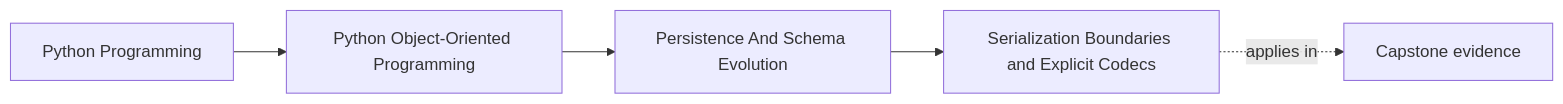
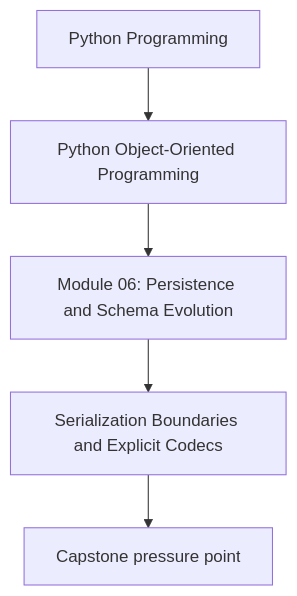
Before and after one commit to bijux/bijux-masterclass: the first of 2 diagrams in programs/python-programming/python-object-oriented-programming/course-book/module-06-persistence-and-schema-evolution/serialization-boundaries-and-explicit-codecs.md, drawn with Mermaid. The commit also changed other lines of this file and 107 other files, not shown here.

Commit message:
docs(python-object-oriented-programming): align concept page diagrams

````diff
--- a/programs/python-programming/python-object-oriented-programming/course-book/module-06-persistence-and-schema-evolution/serialization-boundaries-and-explicit-codecs.md
+++ b/programs/python-programming/python-object-oriented-programming/course-book/module-06-persistence-and-schema-evolution/serialization-boundaries-and-explicit-codecs.md
@@ -7,11 +7,7 @@
 ```mermaid
-graph LR
-  family["Python Programming"]
-  program["Python Object-Oriented Programming"]
-  section["Persistence And Schema Evolution"]
-  page["Serialization Boundaries and Explicit Codecs"]
-  capstone["Capstone evidence"]
-
-  family --> program --> section --> page
-  page -.applies in.-> capstone
+flowchart TD
+  family["Python Programming"] --> program["Python Object-Oriented Programming"]
+  program --> module["Module 06: Persistence and Schema Evolution"]
+  module --> concept["Serialization Boundaries and Explicit Codecs"]
+  concept --> capstone["Capstone pressure point"]
 ```
````
